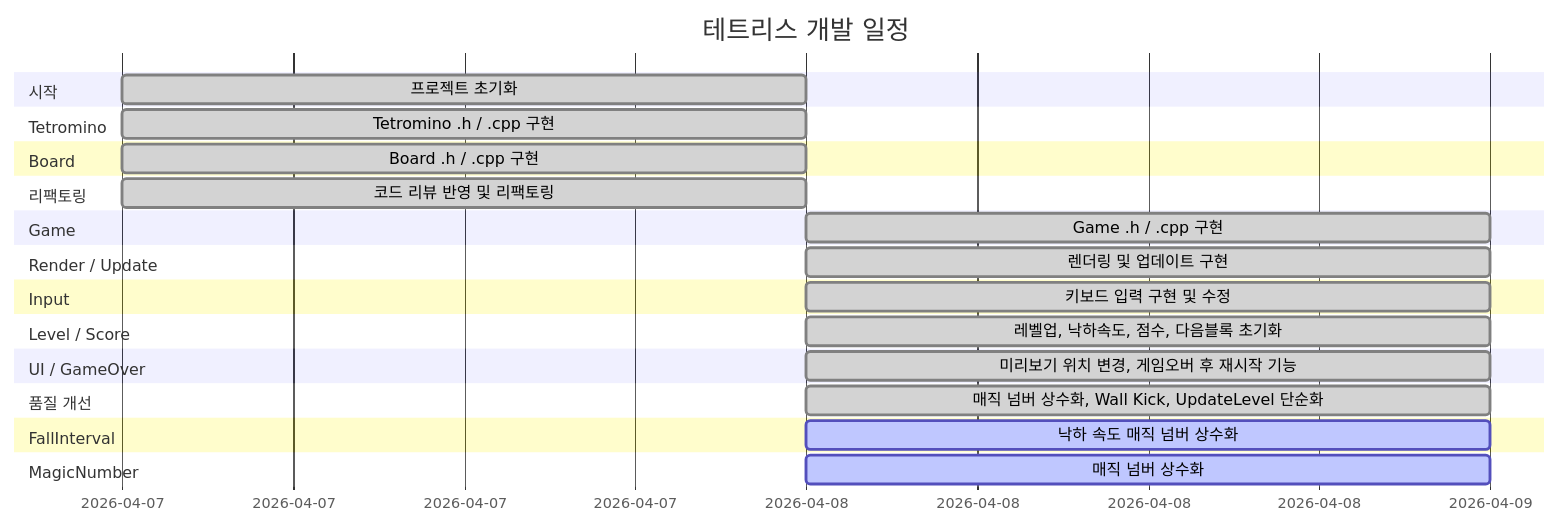
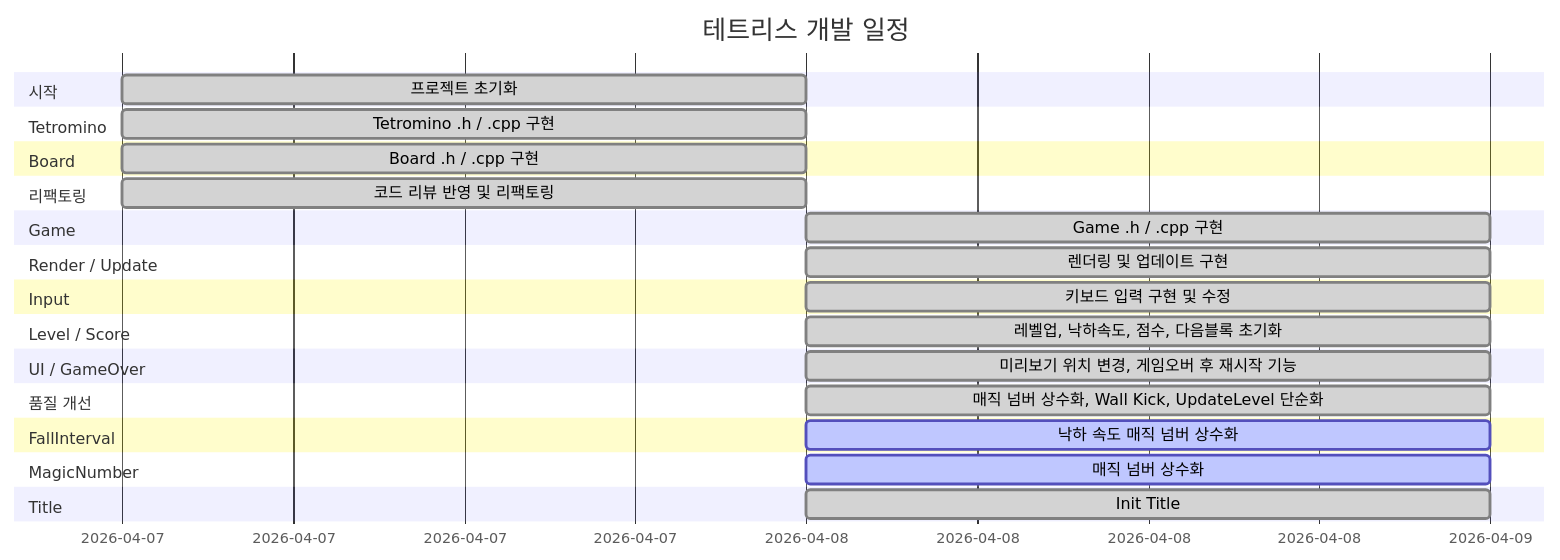
One commit to Chance031/Tetris-cpp changed the diagram in README.md. Above: the diagram before and after it, drawn with Mermaid. The commit also changed other lines of this file, not shown here.

Commit message:
docs: README 자동 업데이트 [skip ci]

````diff
--- a/README.md
+++ b/README.md
@@ -27,29 +27,31 @@
 ```mermaid
 gantt
     title 테트리스 개발 일정
     dateFormat YYYY-MM-DD
     section 시작
         프로젝트 초기화 :done, init, 2026-04-07, 1d
     section Tetromino
         Tetromino .h / .cpp 구현 :done, t16803, 2026-04-07, 1d
     section Board
         Board .h / .cpp 구현 :done, t84048, 2026-04-07, 1d
     section 리팩토링
         코드 리뷰 반영 및 리팩토링 :done, refactor, 2026-04-07, 1d
     section Game
         Game .h / .cpp 구현 :done, t91896, 2026-04-08, 1d
     section Render / Update
         렌더링 및 업데이트 구현 :done, t47867, 2026-04-08, 1d
     section Input
         키보드 입력 구현 및 수정 :done, t8258, 2026-04-08, 1d
     section Level / Score
         레벨업, 낙하속도, 점수, 다음블록 초기화 :done, t44367, 2026-04-08, 1d
     section UI / GameOver
         미리보기 위치 변경, 게임오버 후 재시작 기능 :done, t55123, 2026-04-08, 1d
     section 품질 개선
         매직 넘버 상수화, Wall Kick, UpdateLevel 단순화 :done, t66234, 2026-04-08, 1d
     section FallInterval
         낙하 속도 매직 넘버 상수화 :active, t66782, 2026-04-08, 1d
     section MagicNumber
         매직 넘버 상수화 :active, t23180, 2026-04-08, 1d
+    section Title
+        Init Title :done, t45140, 2026-04-08, 1d
 ```
````
